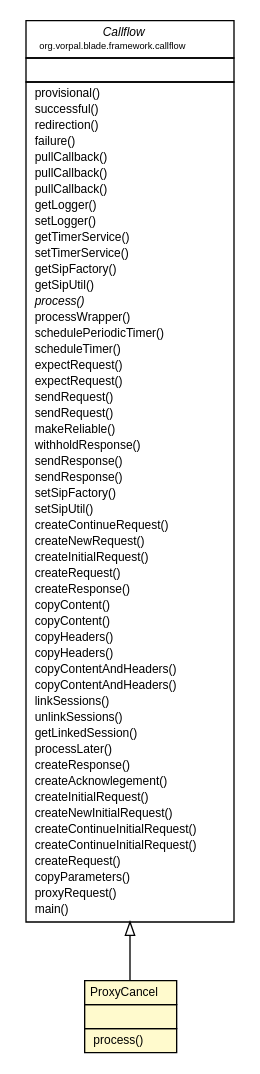
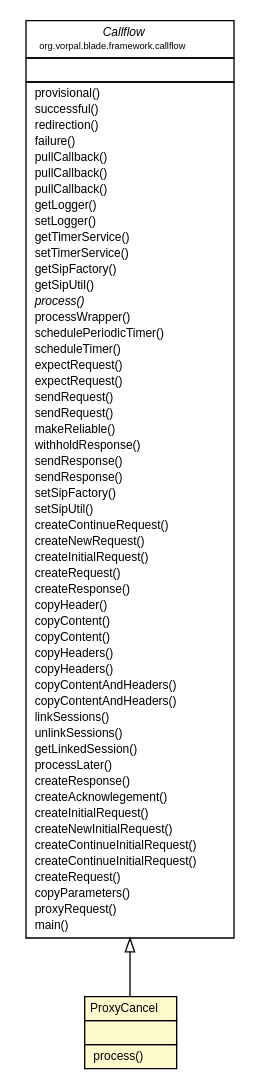
The diagram in blade/vorpal-blade-library-framework/org/vorpal/blade/framework/deprecated/proxy/callflows/ProxyCancel.dot (vorpalnet/vorpalnet.github.io), drawn with Graphviz before and after one commit. The commit also changed 915 other files, not shown here.

```diff
--- a/blade/vorpal-blade-library-framework/org/vorpal/blade/framework/deprecated/proxy/callflows/ProxyCancel.dot
+++ b/blade/vorpal-blade-library-framework/org/vorpal/blade/framework/deprecated/proxy/callflows/ProxyCancel.dot
@@ -1,90 +1,91 @@
 #!/usr/local/bin/dot
 #
 # Class diagram 
 # Generated by UMLGraph version 5.2 (http://www.umlgraph.org/)
 #
 
 digraph G {
 	edge [fontname="Helvetica",fontsize=10,labelfontname="Helvetica",labelfontsize=10];
 	node [fontname="Helvetica",fontsize=10,shape=plaintext];
 	nodesep=0.25;
 	ranksep=0.5;
 	// org.vorpal.blade.framework.callflow.Callflow
-	c3974 [label=<<table title="org.vorpal.blade.framework.callflow.Callflow" border="0" cellborder="1" cellspacing="0" cellpadding="2" port="p" href="../../../callflow/Callflow.html">
+	c4033 [label=<<table title="org.vorpal.blade.framework.callflow.Callflow" border="0" cellborder="1" cellspacing="0" cellpadding="2" port="p" href="../../../callflow/Callflow.html">
 		<tr><td><table border="0" cellspacing="0" cellpadding="1">
 <tr><td align="center" balign="center"><font face="Helvetica-Oblique"> Callflow </font></td></tr>
 <tr><td align="center" balign="center"><font point-size="7.0"> org.vorpal.blade.framework.callflow </font></td></tr>
 		</table></td></tr>
 		<tr><td><table border="0" cellspacing="0" cellpadding="1">
 <tr><td align="left" balign="left">  </td></tr>
 		</table></td></tr>
 		<tr><td><table border="0" cellspacing="0" cellpadding="1">
 <tr><td align="left" balign="left">  provisional() </td></tr>
 <tr><td align="left" balign="left">  successful() </td></tr>
 <tr><td align="left" balign="left">  redirection() </td></tr>
 <tr><td align="left" balign="left">  failure() </td></tr>
 <tr><td align="left" balign="left">  pullCallback() </td></tr>
 <tr><td align="left" balign="left">  pullCallback() </td></tr>
 <tr><td align="left" balign="left">  pullCallback() </td></tr>
 <tr><td align="left" balign="left">  getLogger() </td></tr>
 <tr><td align="left" balign="left">  setLogger() </td></tr>
 <tr><td align="left" balign="left">  getTimerService() </td></tr>
 <tr><td align="left" balign="left">  setTimerService() </td></tr>
 <tr><td align="left" balign="left">  getSipFactory() </td></tr>
 <tr><td align="left" balign="left">  getSipUtil() </td></tr>
 <tr><td align="left" balign="left"><font face="Helvetica-Oblique" point-size="9.0">  process() </font></td></tr>
 <tr><td align="left" balign="left">  processWrapper() </td></tr>
 <tr><td align="left" balign="left">  schedulePeriodicTimer() </td></tr>
 <tr><td align="left" balign="left">  scheduleTimer() </td></tr>
 <tr><td align="left" balign="left">  expectRequest() </td></tr>
 <tr><td align="left" balign="left">  expectRequest() </td></tr>
 <tr><td align="left" balign="left">  sendRequest() </td></tr>
 <tr><td align="left" balign="left">  sendRequest() </td></tr>
 <tr><td align="left" balign="left">  makeReliable() </td></tr>
 <tr><td align="left" balign="left">  withholdResponse() </td></tr>
 <tr><td align="left" balign="left">  sendResponse() </td></tr>
 <tr><td align="left" balign="left">  sendResponse() </td></tr>
 <tr><td align="left" balign="left">  setSipFactory() </td></tr>
 <tr><td align="left" balign="left">  setSipUtil() </td></tr>
 <tr><td align="left" balign="left">  createContinueRequest() </td></tr>
 <tr><td align="left" balign="left">  createNewRequest() </td></tr>
 <tr><td align="left" balign="left">  createInitialRequest() </td></tr>
 <tr><td align="left" balign="left">  createRequest() </td></tr>
 <tr><td align="left" balign="left">  createResponse() </td></tr>
+<tr><td align="left" balign="left">  copyHeader() </td></tr>
 <tr><td align="left" balign="left">  copyContent() </td></tr>
 <tr><td align="left" balign="left">  copyContent() </td></tr>
 <tr><td align="left" balign="left">  copyHeaders() </td></tr>
 <tr><td align="left" balign="left">  copyHeaders() </td></tr>
 <tr><td align="left" balign="left">  copyContentAndHeaders() </td></tr>
 <tr><td align="left" balign="left">  copyContentAndHeaders() </td></tr>
 <tr><td align="left" balign="left">  linkSessions() </td></tr>
 <tr><td align="left" balign="left">  unlinkSessions() </td></tr>
 <tr><td align="left" balign="left">  getLinkedSession() </td></tr>
 <tr><td align="left" balign="left">  processLater() </td></tr>
 <tr><td align="left" balign="left">  createResponse() </td></tr>
 <tr><td align="left" balign="left">  createAcknowlegement() </td></tr>
 <tr><td align="left" balign="left">  createInitialRequest() </td></tr>
 <tr><td align="left" balign="left">  createNewInitialRequest() </td></tr>
 <tr><td align="left" balign="left">  createContinueInitialRequest() </td></tr>
 <tr><td align="left" balign="left">  createContinueInitialRequest() </td></tr>
 <tr><td align="left" balign="left">  createRequest() </td></tr>
 <tr><td align="left" balign="left">  copyParameters() </td></tr>
 <tr><td align="left" balign="left">  proxyRequest() </td></tr>
 <tr><td align="left" balign="left">  main() </td></tr>
 		</table></td></tr>
 		</table>>, fontname="Helvetica", fontcolor="black", fontsize=9.0];
 	// org.vorpal.blade.framework.deprecated.proxy.callflows.ProxyCancel
-	c4015 [label=<<table title="org.vorpal.blade.framework.deprecated.proxy.callflows.ProxyCancel" border="0" cellborder="1" cellspacing="0" cellpadding="2" port="p" bgcolor="lemonChiffon" href="./ProxyCancel.html">
+	c4074 [label=<<table title="org.vorpal.blade.framework.deprecated.proxy.callflows.ProxyCancel" border="0" cellborder="1" cellspacing="0" cellpadding="2" port="p" bgcolor="lemonChiffon" href="./ProxyCancel.html">
 		<tr><td><table border="0" cellspacing="0" cellpadding="1">
 <tr><td align="center" balign="center"> ProxyCancel </td></tr>
 		</table></td></tr>
 		<tr><td><table border="0" cellspacing="0" cellpadding="1">
 <tr><td align="left" balign="left">  </td></tr>
 		</table></td></tr>
 		<tr><td><table border="0" cellspacing="0" cellpadding="1">
 <tr><td align="left" balign="left">  process() </td></tr>
 		</table></td></tr>
 		</table>>, fontname="Helvetica", fontcolor="black", fontsize=9.0];
 	//org.vorpal.blade.framework.deprecated.proxy.callflows.ProxyCancel extends org.vorpal.blade.framework.callflow.Callflow
-	c3974:p -> c4015:p [dir=back,arrowtail=empty];
+	c4033:p -> c4074:p [dir=back,arrowtail=empty];
 }
```
